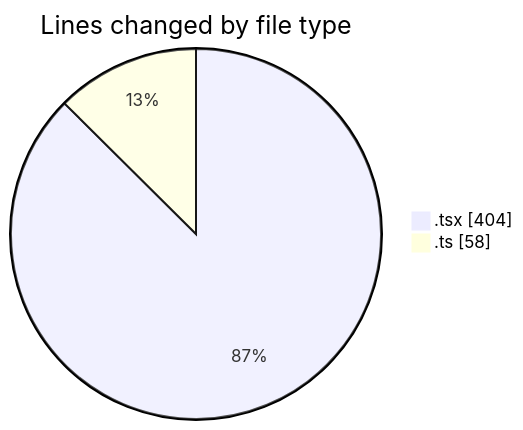
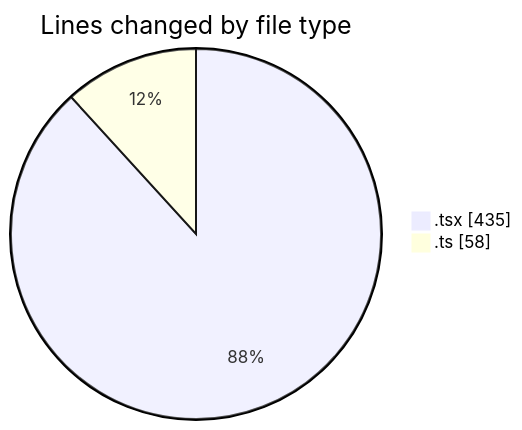
One commit to nxtqubesakshisongat/code-tracking changed the first of 2 diagrams in 2026-04-17/airfeed-analytics-dashboard/README.md. Above: the diagram before and after it, drawn with Mermaid. The commit also changed other lines of this file and 1 other file, not shown here.

````diff
--- a/2026-04-17/airfeed-analytics-dashboard/README.md
+++ b/2026-04-17/airfeed-analytics-dashboard/README.md
@@ -22,6 +22,6 @@
 ```mermaid
 pie showData
 title Lines changed by file type
-".tsx" : 404
+".tsx" : 435
 ".ts" : 58
 ```
````
